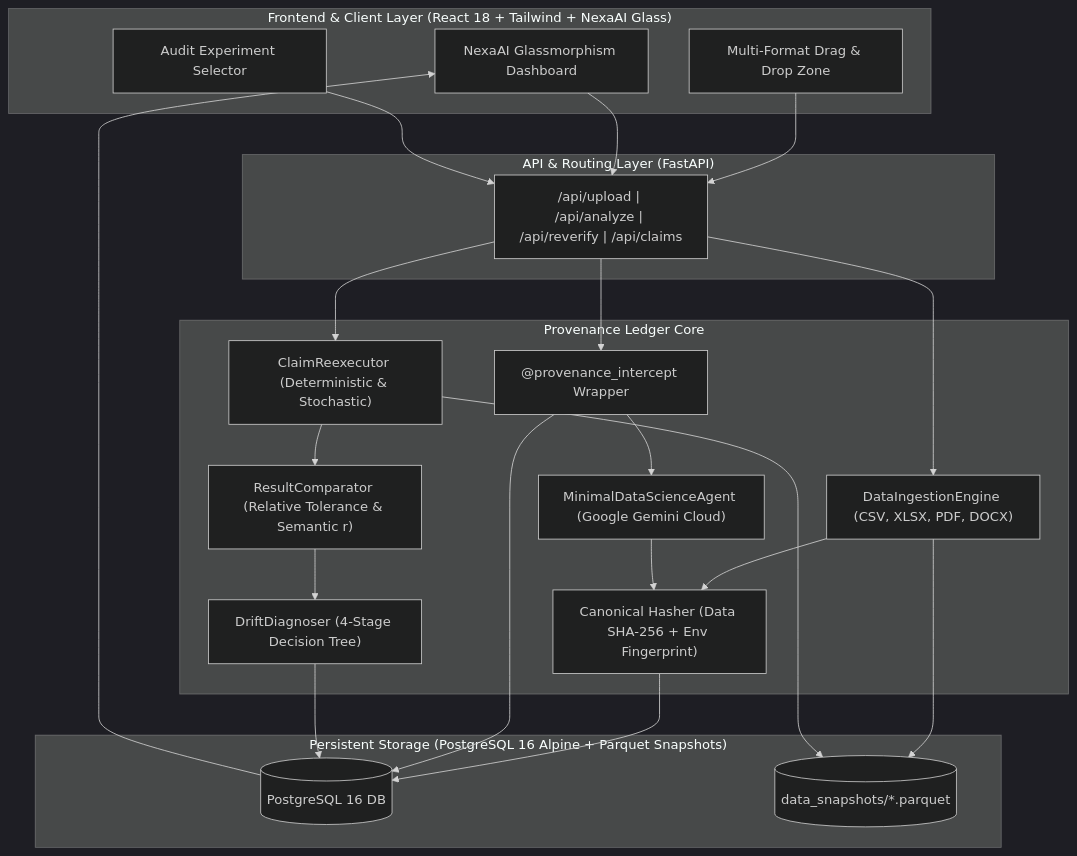
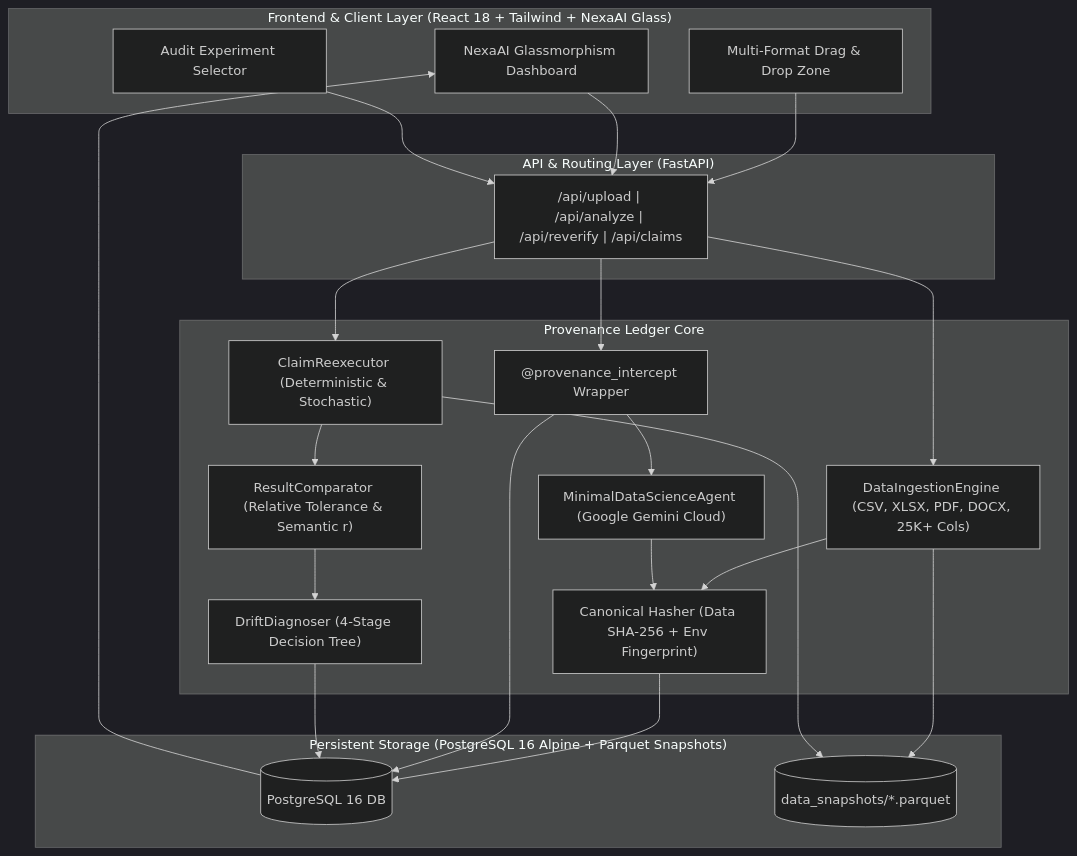
Before and after one commit to RIMIL08X/Provenance-Ledger: the diagram in README.md, drawn with Mermaid (dark theme). The commit also changed other lines of this file, not shown here.

Commit message:
docs: Hyper-detail README with 11 audit experiments, scientific python stack, and ultra-wide matrix ingestion

````diff
--- a/README.md
+++ b/README.md
@@ -114,45 +134,45 @@
 ```mermaid
 flowchart TD
     subgraph Client ["Frontend & Client Layer (React 18 + Tailwind + NexaAI Glass)"]
         UI[NexaAI Glassmorphism Dashboard]
         Upload[Multi-Format Drag & Drop Zone]
         AuditTrigger[Audit Experiment Selector]
     end
 
     subgraph API ["API & Routing Layer (FastAPI)"]
         Router["/api/upload | /api/analyze | /api/reverify | /api/claims"]
     end
 
     subgraph Engine ["Provenance Ledger Core"]
-        Parser["DataIngestionEngine (CSV, XLSX, PDF, DOCX)"]
+        Parser["DataIngestionEngine (CSV, XLSX, PDF, DOCX, 25K+ Cols)"]
         Interceptor["@provenance_intercept Wrapper"]
         Hasher["Canonical Hasher (Data SHA-256 + Env Fingerprint)"]
         Agent["MinimalDataScienceAgent (Google Gemini Cloud)"]
         Reexecutor["ClaimReexecutor (Deterministic & Stochastic)"]
         Comparator["ResultComparator (Relative Tolerance & Semantic r)"]
         Diagnoser["DriftDiagnoser (4-Stage Decision Tree)"]
     end
 
     subgraph Storage ["Persistent Storage (PostgreSQL 16 Alpine + Parquet Snapshots)"]
         PG[(PostgreSQL 16 DB)]
         Snapshots[("data_snapshots/*.parquet")]
     end
 
     Upload --> Router
     UI --> Router
     AuditTrigger --> Router
     Router --> Parser
     Parser --> Hasher
     Parser --> Snapshots
     Router --> Interceptor
     Interceptor --> Agent
     Agent --> Hasher
     Hasher --> PG
     Interceptor --> PG
     Router --> Reexecutor
     Reexecutor --> Snapshots
     Reexecutor --> Comparator
     Comparator --> Diagnoser
     Diagnoser --> PG
     PG --> UI
 ```
````
